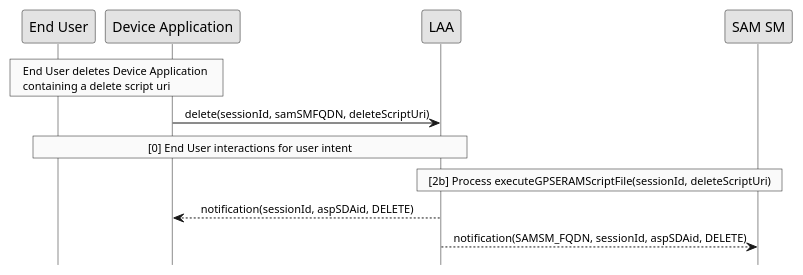
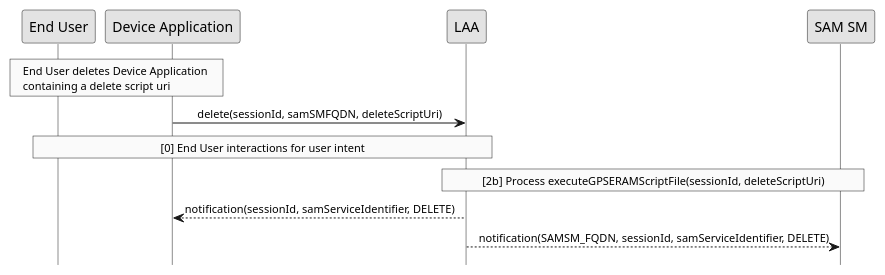
The diagram in doc/uml/delete-device-script.pu (GlobalPlatform/LAA-SAM_SM-Interface), drawn with PlantUML before and after one commit. The commit also changed 27 other files, not shown here.

Commit message:
- diag update with samServiceIdentifier - add contributing - remove examples directory (all in yaml file)

```diff
--- a/doc/uml/delete-device-script.pu
+++ b/doc/uml/delete-device-script.pu
@@ -1,31 +1,31 @@
 @startuml
 
 hide footbox
 skinparam sequenceMessageAlign center
 skinparam sequenceArrowFontSize 11
 skinparam noteFontSize 11
 skinparam monochrome true
 skinparam lifelinestrategy solid
  
 rnote over "End User", "Device Application"
      End User deletes Device Application 
      containing a delete script uri
 end rnote
 
 "Device Application" -> LAA : delete(sessionId, samSMFQDN, deleteScriptUri)
 
 rnote over "LAA", "End User"
      [0] End User interactions for user intent
 end rnote
 
 
 rnote over "LAA", "SAM SM"
      [2b] Process executeGPSERAMScriptFile(sessionId, deleteScriptUri)
 end rnote
 
 
  
-LAA --> "Device Application" : notification(sessionId, aspSDAid, DELETE)
+LAA --> "Device Application" : notification(sessionId, samServiceIdentifier, DELETE)
  
-LAA --> "SAM SM" : notification(SAMSM_FQDN, sessionId, aspSDAid, DELETE)
+LAA --> "SAM SM" : notification(SAMSM_FQDN, sessionId, samServiceIdentifier, DELETE)
 @enduml
```
